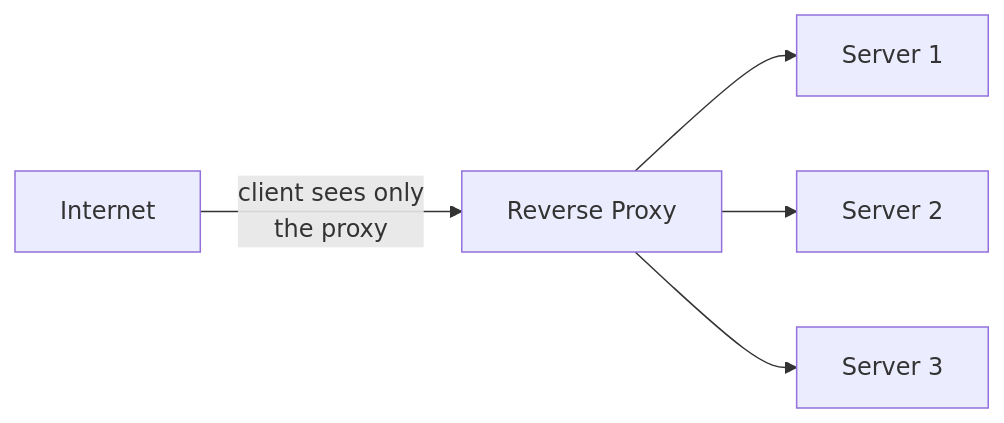
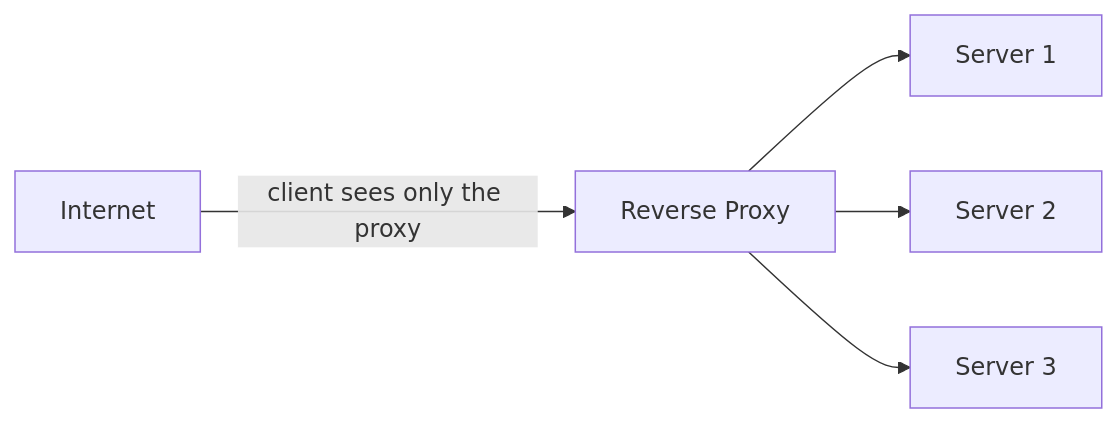
One commit to muhammedsiinanmp/system-design-mastery changed the fifth of 5 diagrams in 01-introduction/01-networking-foundations/README.md. Above: the diagram before and after it, drawn with Mermaid. The commit also changed other lines of this file, not shown here.

````diff
--- a/01-introduction/01-networking-foundations/README.md
+++ b/01-introduction/01-networking-foundations/README.md
@@ -260,8 +197,7 @@
 ```mermaid
 flowchart LR
-    Internet -->|client sees only
-the proxy| RP[Reverse Proxy]
-    RP --> S1[Server 1]
-    RP --> S2[Server 2]
-    RP --> S3[Server 3]
+    Internet -->|client sees only the proxy| RP["Reverse Proxy"]
+    RP --> S1["Server 1"]
+    RP --> S2["Server 2"]
+    RP --> S3["Server 3"]
 ```
````
